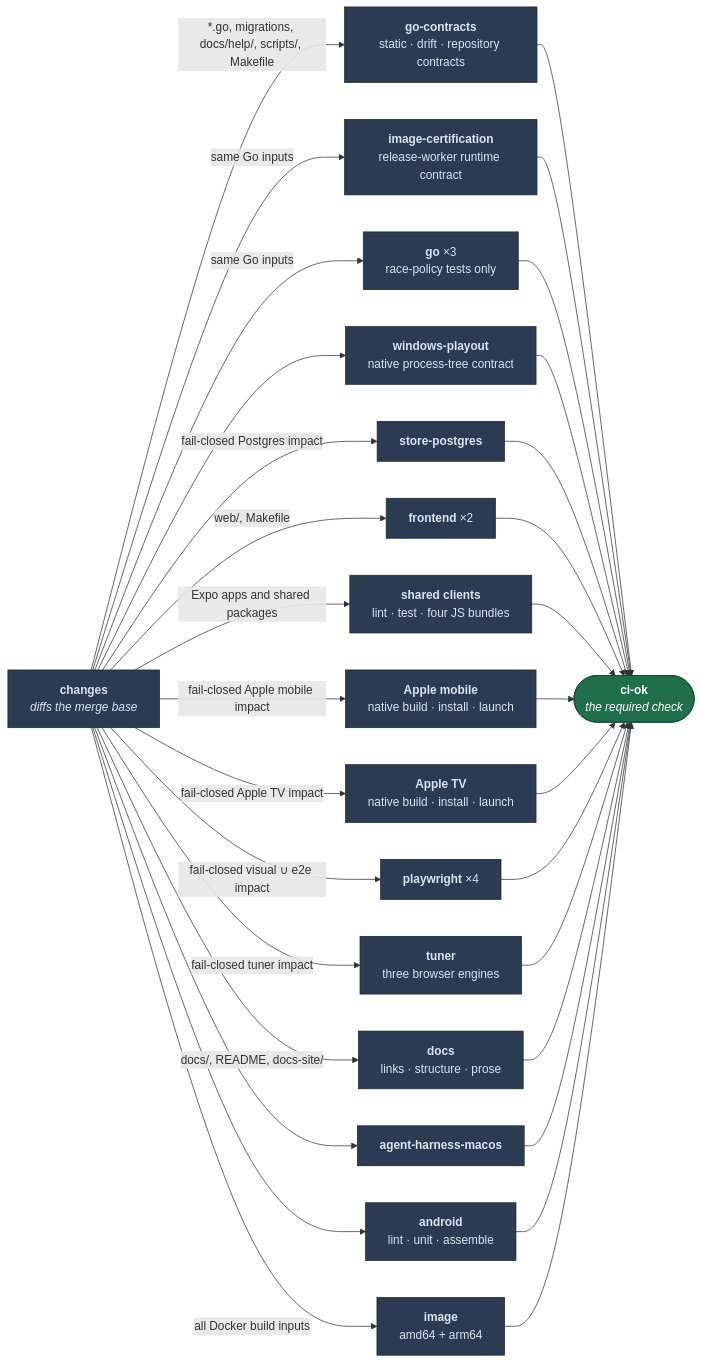
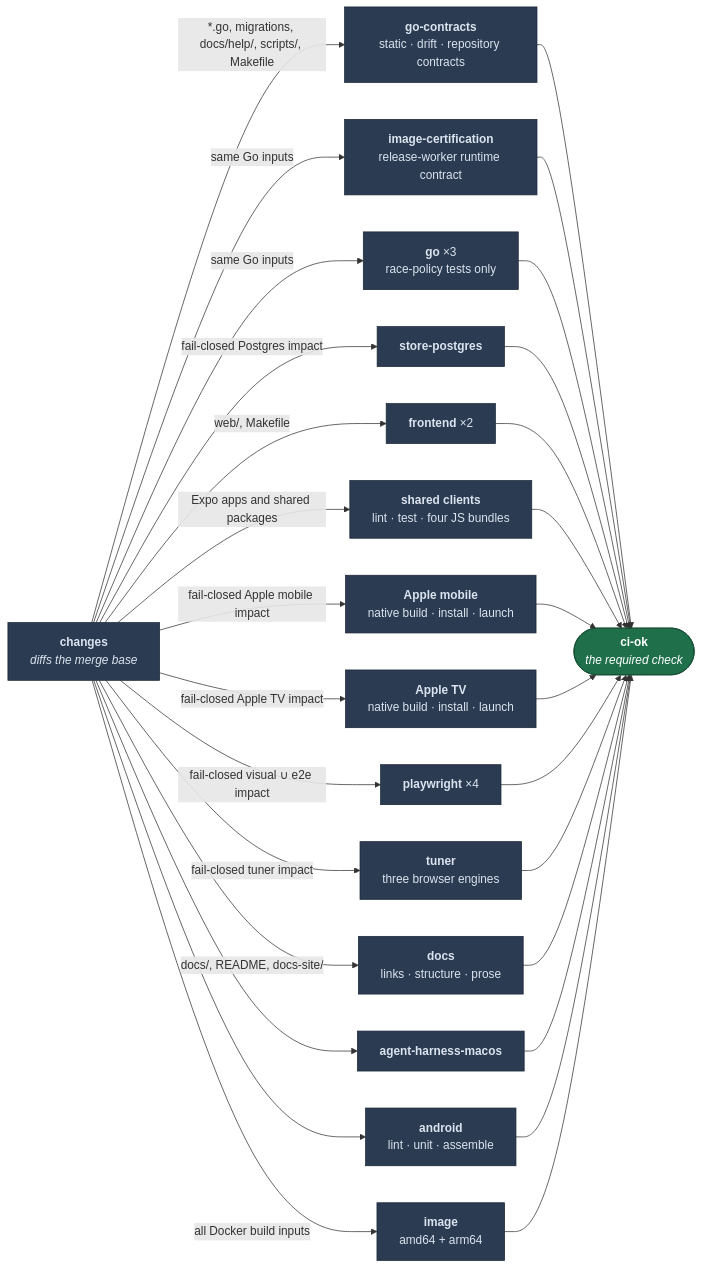
One commit to loomarr/loomarr changed the diagram in docs/dev/ci.md. Above: the diagram before and after it, drawn with Mermaid. The commit also changed other lines of this file and 11 other files, not shown here.

````diff
--- a/docs/dev/ci.md
+++ b/docs/dev/ci.md
@@ -3,56 +3,53 @@
 ```mermaid
 graph LR
   C["<b>changes</b><br/><i>diffs the merge base</i>"]
   GC["<b>go-contracts</b><br/>static · drift · repository contracts"]
   RC["<b>image-certification</b><br/>release-worker runtime contract"]
   G["<b>go</b> ×3<br/>race-policy tests only"]
-  X["<b>windows-playout</b><br/>native process-tree contract"]
   P["<b>store-postgres</b>"]
   F["<b>frontend</b> ×2"]
   CJS["<b>shared clients</b><br/>lint · test · four JS bundles"]
   AM["<b>Apple mobile</b><br/>native build · install · launch"]
   AT["<b>Apple TV</b><br/>native build · install · launch"]
   W["<b>playwright</b> ×4"]
   T["<b>tuner</b><br/>three browser engines"]
   D["<b>docs</b><br/>links · structure · prose"]
   A["<b>agent-harness-macos</b>"]
   N["<b>android</b><br/>lint · unit · assemble"]
   I["<b>image</b><br/>amd64 + arm64"]
   OK(["<b>ci-ok</b><br/><i>the required check</i>"])
 
   C -->|"*.go, migrations, docs/help/, scripts/, Makefile"| GC
   C -->|"same Go inputs"| G
   C -->|"same Go inputs"| RC
-  C --> X
   C -->|"fail-closed Postgres impact"| P
   C -->|"web/, Makefile"| F
   C -->|"Expo apps and shared packages"| CJS
   C -->|"fail-closed Apple mobile impact"| AM
   C -->|"fail-closed Apple TV impact"| AT
   C -->|"fail-closed visual ∪ e2e impact"| W
   C -->|"fail-closed tuner impact"| T
   C -->|"docs/, README, docs-site/"| D
   C --> A
   C --> N
   C -->|"all Docker build inputs"| I
   GC --> OK
   RC --> OK
   G --> OK
-  X --> OK
   P --> OK
   F --> OK
   CJS --> OK
   AM --> OK
   AT --> OK
   W --> OK
   T --> OK
   D --> OK
   A --> OK
   N --> OK
   I --> OK
 
   classDef gate fill:#1f6f4a,stroke:#134a31,color:#fff
   classDef job fill:#2b3b52,stroke:#1b2736,color:#dbe4ef
   class OK gate
-  class C,GC,RC,G,X,P,F,CJS,AM,AT,W,T,D,A,N,I job
+  class C,GC,RC,G,P,F,CJS,AM,AT,W,T,D,A,N,I job
 ```
````
